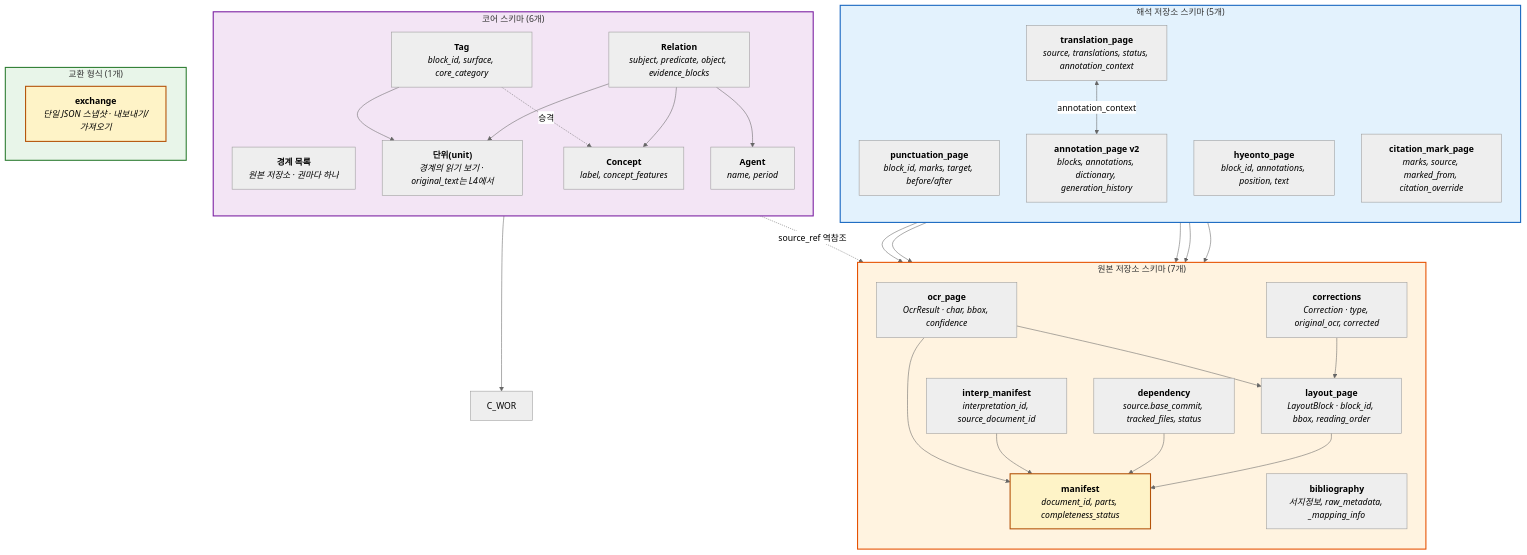
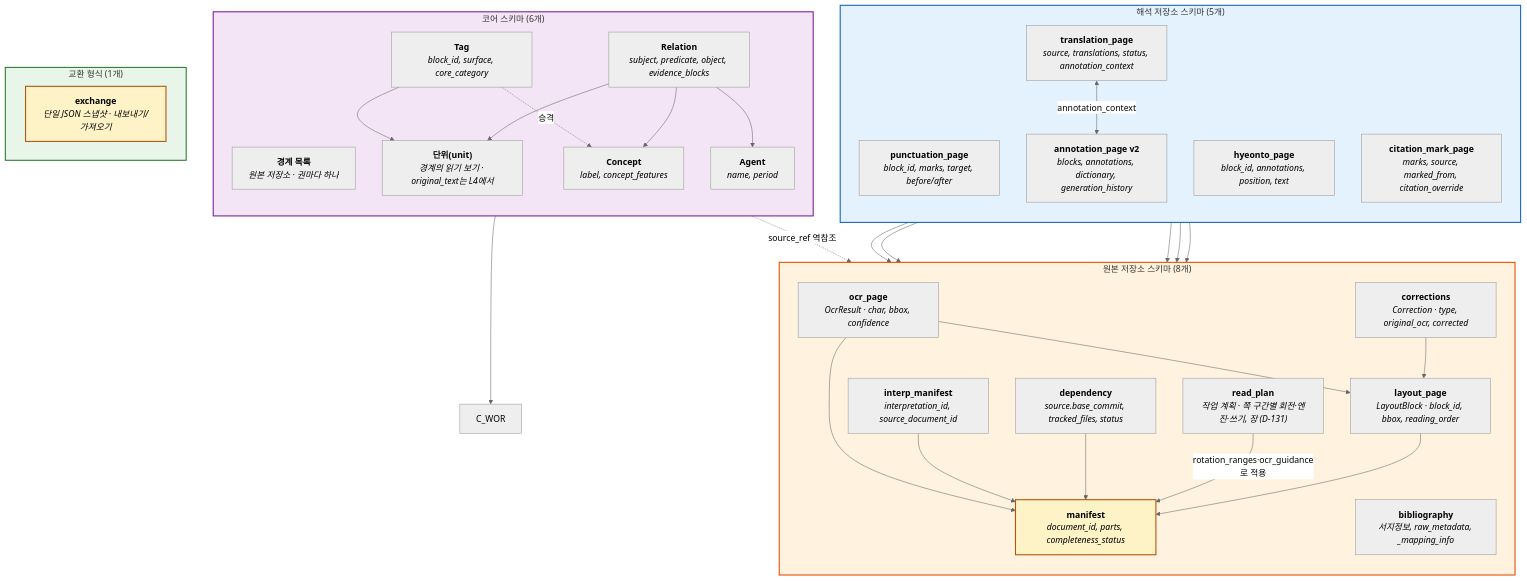
The seventh of 14 diagrams in docs/architecture-diagrams.md (hw725/classical-text-browser), drawn with Mermaid (neutral theme) before and after one commit. The commit also changed other lines of this file and 41 other files, not shown here.

````diff
--- a/docs/architecture-diagrams.md
+++ b/docs/architecture-diagrams.md
@@ -580,63 +580,65 @@
 ```mermaid
 flowchart TB
-    subgraph SRC_SCHEMA["원본 저장소 스키마 (7개)"]
+    subgraph SRC_SCHEMA["원본 저장소 스키마 (8개)"]
         direction TB
         S_MAN["<b>manifest</b><br/><i>document_id, parts, completeness_status</i>"]
         S_BIB["<b>bibliography</b><br/><i>서지정보, raw_metadata, _mapping_info</i>"]
         S_OCR["<b>ocr_page</b><br/><i>OcrResult · char, bbox, confidence</i>"]
         S_LAY["<b>layout_page</b><br/><i>LayoutBlock · block_id, bbox, reading_order</i>"]
         S_COR["<b>corrections</b><br/><i>Correction · type, original_ocr, corrected</i>"]
         S_IMP["<b>interp_manifest</b><br/><i>interpretation_id, source_document_id</i>"]
         S_DEP["<b>dependency</b><br/><i>source.base_commit, tracked_files, status</i>"]
+        S_PLAN["<b>read_plan</b><br/><i>작업 계획 · 쪽 구간별 회전·엔진·쓰기, 장 (D-131)</i>"]
     end
 
     subgraph INT_SCHEMA["해석 저장소 스키마 (5개)"]
         direction TB
         I_PUN["<b>punctuation_page</b><br/><i>block_id, marks, target, before/after</i>"]
         I_HYE["<b>hyeonto_page</b><br/><i>block_id, annotations, position, text</i>"]
         I_TRA["<b>translation_page</b><br/><i>source, translations, status, annotation_context</i>"]
         I_ANN["<b>annotation_page v2</b><br/><i>blocks, annotations, dictionary, generation_history</i>"]
         I_CIT["<b>citation_mark_page</b><br/><i>marks, source, marked_from, citation_override</i>"]
     end
 
     subgraph CORE_SCHEMA["코어 스키마 (6개)"]
         direction TB
         C_BND["<b>경계 목록</b><br/><i>원본 저장소 · 권마다 하나</i>"]
         C_TB["<b>단위(unit)</b><br/><i>경계의 읽기 보기 · original_text는 L4에서</i>"]
         C_TAG["<b>Tag</b><br/><i>block_id, surface, core_category</i>"]
         C_CON["<b>Concept</b><br/><i>label, concept_features</i>"]
         C_AGE["<b>Agent</b><br/><i>name, period</i>"]
         C_REL["<b>Relation</b><br/><i>subject, predicate, object, evidence_blocks</i>"]
     end
 
     subgraph EXCHANGE["교환 형식 (1개)"]
         EX["<b>exchange</b><br/><i>단일 JSON 스냅샷 · 내보내기/가져오기</i>"]
     end
 
     S_LAY --> S_MAN
     S_OCR --> S_MAN
     S_OCR --> S_LAY
     S_COR --> S_LAY
     S_IMP --> S_MAN
     S_DEP --> S_MAN
+    S_PLAN -->|"rotation_ranges·ocr_guidance로 적용"| S_MAN
     I_PUN --> S_LAY
     I_HYE --> S_LAY
     I_TRA --> S_LAY
     I_ANN --> S_LAY
     I_CIT --> S_LAY
     I_TRA <-->|"annotation_context"| I_ANN
     C_TB --> C_WOR
     C_TAG --> C_TB
     C_TAG -.->|"승격"| C_CON
     C_REL --> C_AGE
     C_REL --> C_CON
     C_REL --> C_TB
     C_TB -.->|"source_ref 역참조"| S_MAN
 
     style SRC_SCHEMA fill:#fff3e0,stroke:#e65100,stroke-width:2px
     style S_MAN fill:#fef3c7,stroke:#b45309,stroke-width:2px
     style INT_SCHEMA fill:#e3f2fd,stroke:#1565c0,stroke-width:2px
     style CORE_SCHEMA fill:#f3e5f5,stroke:#7b1fa2,stroke-width:2px
     style EXCHANGE fill:#e8f5e9,stroke:#2e7d32,stroke-width:2px
     style EX fill:#fef3c7,stroke:#b45309,stroke-width:2px
 ```
````
